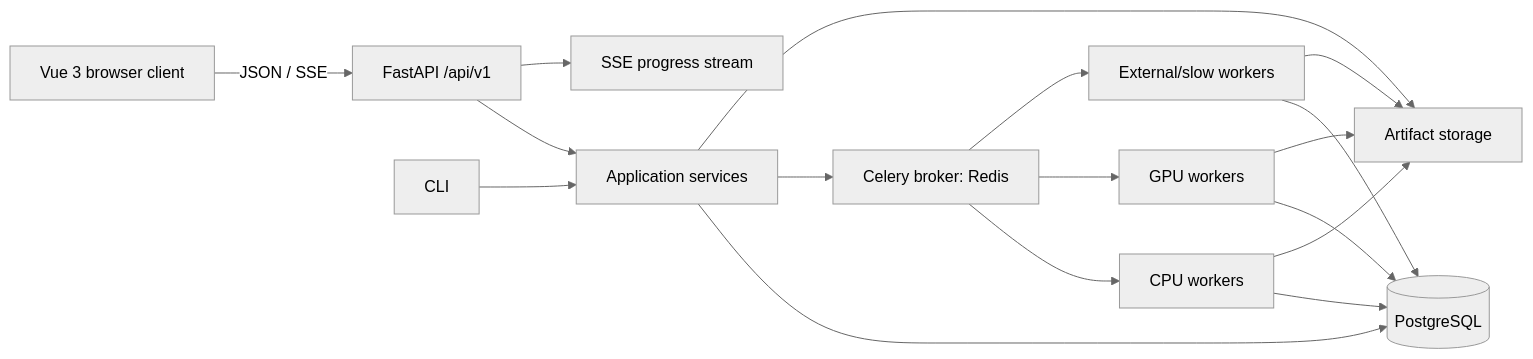
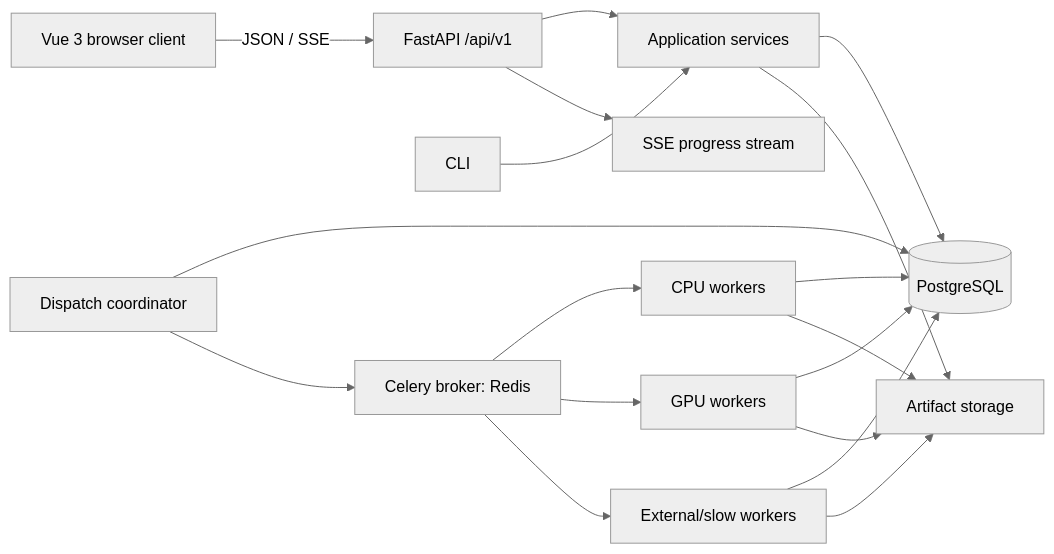
One commit to telota/gendertagger changed the diagram in docs/01-architecture.md. Above: the diagram before and after it, drawn with Mermaid (neutral theme). The commit also changed other lines of this file and 44 other files, not shown here.

````diff
--- a/docs/01-architecture.md
+++ b/docs/01-architecture.md
@@ -19,19 +19,20 @@
 ```mermaid
 flowchart LR
     UI[Vue 3 browser client] -->|JSON / SSE| API[FastAPI /api/v1]
     CLI[CLI] --> SVC[Application services]
     API --> SVC
     SVC --> DB[(PostgreSQL)]
-    SVC --> Q[Celery broker: Redis]
     SVC --> STORE[Artifact storage]
+    DISPATCH[Dispatch coordinator] --> DB
+    DISPATCH --> Q[Celery broker: Redis]
     Q --> CPU[CPU workers]
     Q --> GPU[GPU workers]
     Q --> EXT[External/slow workers]
     CPU --> DB
     GPU --> DB
     EXT --> DB
     CPU --> STORE
     GPU --> STORE
     EXT --> STORE
     API --> SSE[SSE progress stream]
 ```
````
